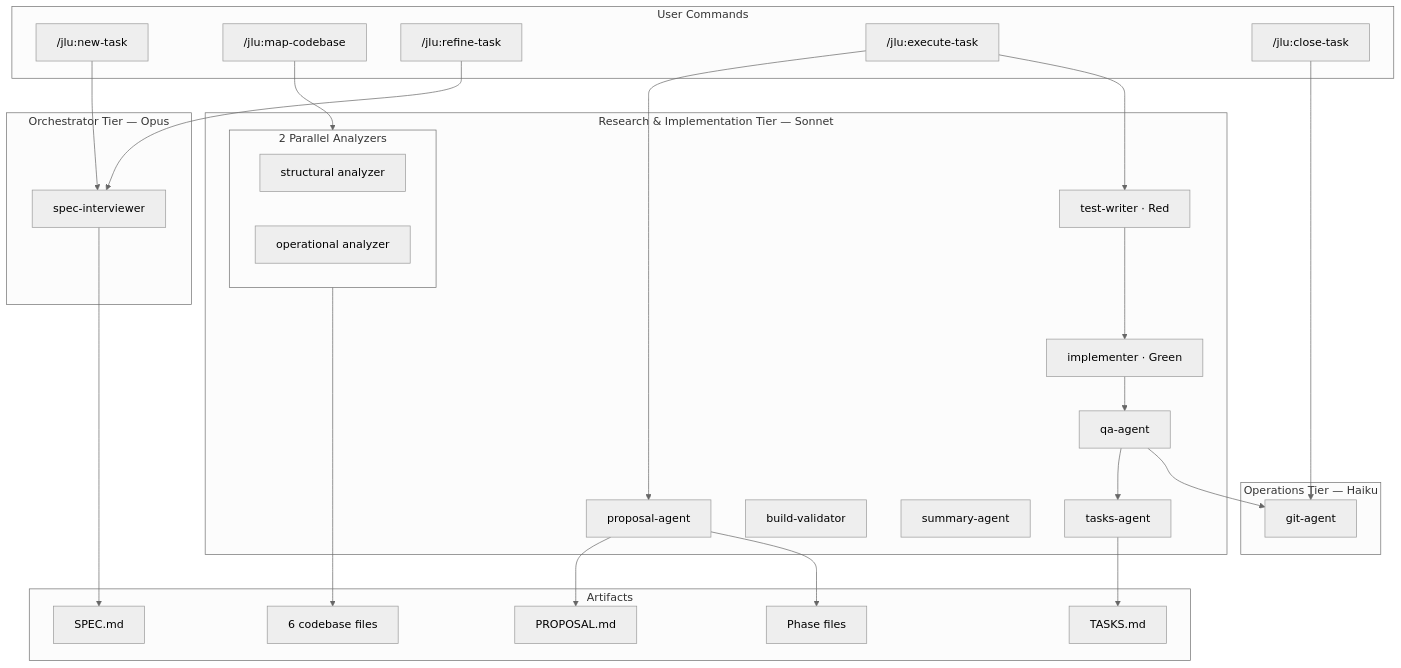
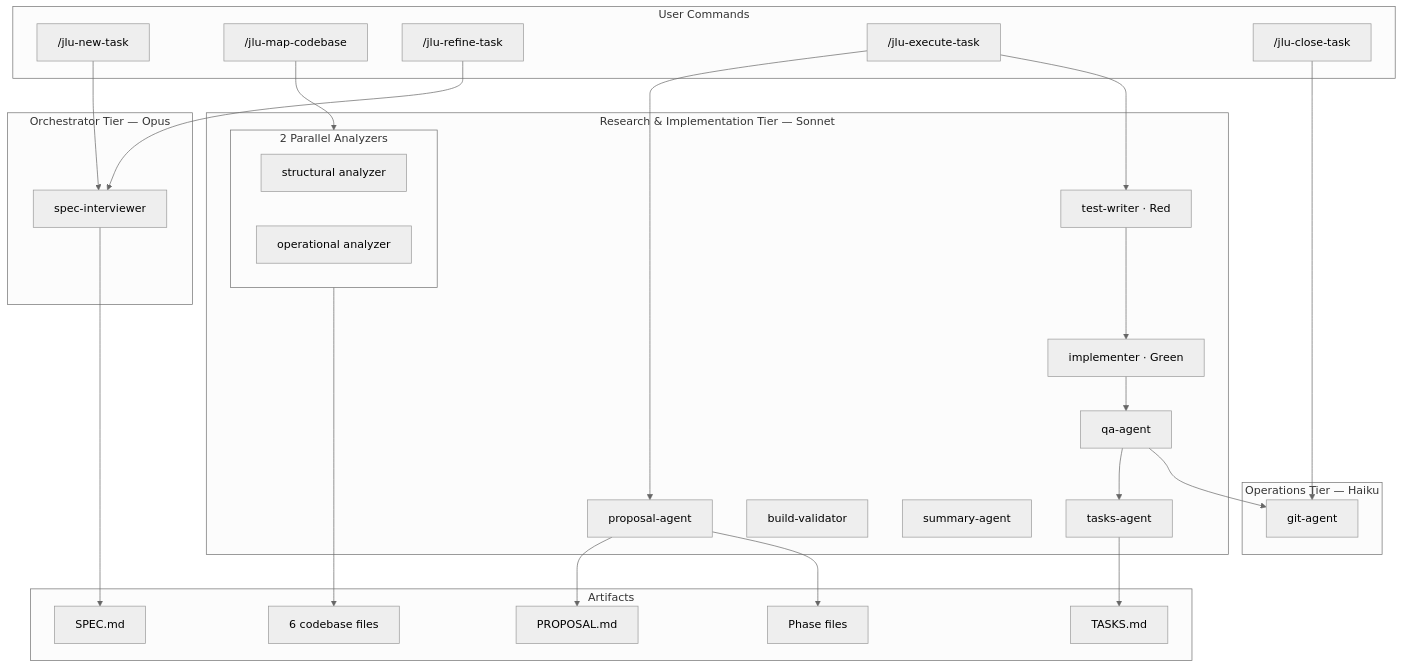
One commit to cristian-pisco/jelou-spec-plugin changed the second of 2 diagrams in README.md. Above: the diagram before and after it, drawn with Mermaid (neutral theme). The commit also changed other lines of this file and 54 other files, not shown here.

````diff
--- a/README.md
+++ b/README.md
@@ -212,49 +258,49 @@
 ```mermaid
 flowchart TB
     subgraph commands["User Commands"]
-        new["/jlu:new-task"]
-        map["/jlu:map-codebase"]
-        refine["/jlu:refine-task"]
-        exec["/jlu:execute-task"]
-        close["/jlu:close-task"]
+        new["/jlu-new-task"]
+        map["/jlu-map-codebase"]
+        refine["/jlu-refine-task"]
+        exec["/jlu-execute-task"]
+        close["/jlu-close-task"]
     end
 
     subgraph opus["Orchestrator Tier — Opus"]
         spec_int["spec-interviewer"]
     end
 
     subgraph sonnet["Research & Implementation Tier — Sonnet"]
         subgraph researchers["2 Parallel Analyzers"]
             structural["structural analyzer"]
             operational["operational analyzer"]
         end
         proposal["proposal-agent"]
         tw["test-writer · Red"]
         impl["implementer · Green"]
         qa["qa-agent"]
         tasks_ag["tasks-agent"]
         build["build-validator"]
         summary["summary-agent"]
     end
 
     subgraph haiku["Operations Tier — Haiku"]
         git["git-agent"]
     end
 
     subgraph artifacts["Artifacts"]
         spec_file["SPEC.md"]
         prop_file["PROPOSAL.md"]
         phase_files["Phase files"]
         codebase["6 codebase files"]
         tasks_file["TASKS.md"]
     end
 
     map --> researchers --> codebase
     new --> spec_int --> spec_file
     refine --> spec_int
     exec --> proposal --> prop_file & phase_files
     exec --> tw --> impl --> qa
     qa --> tasks_ag --> tasks_file
     qa --> git
     close --> git
 ```
````
